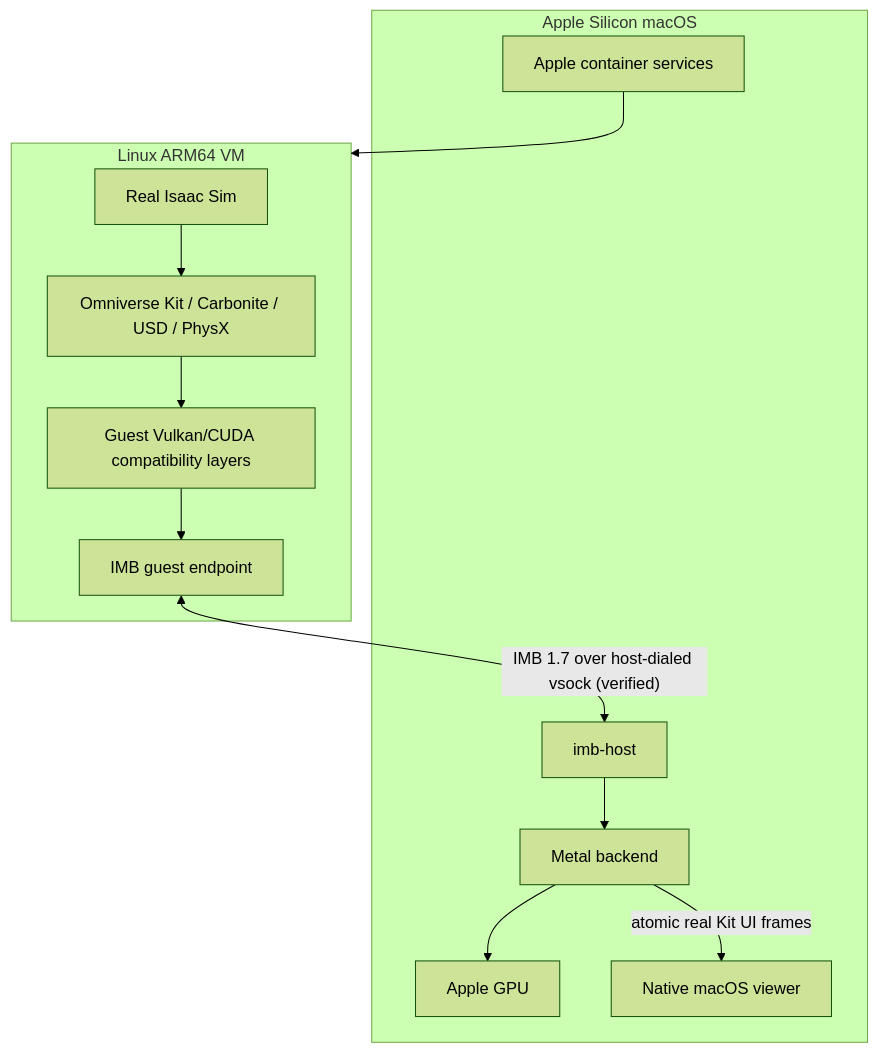
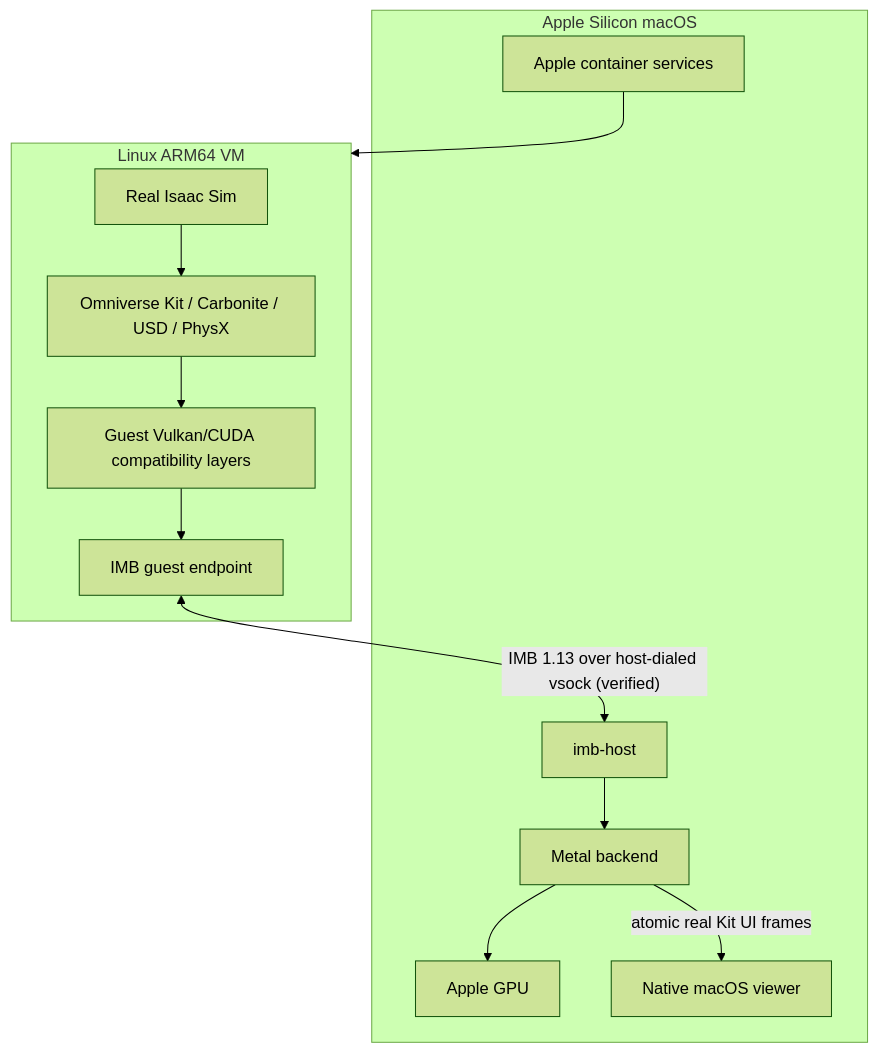
One commit to syun88/IsaacMetalBridge changed the first of 8 diagrams in docs/architecture.md. Above: the diagram before and after it, drawn with Mermaid (forest theme). The commit also changed other lines of this file and 33 other files, not shown here.

````diff
--- a/docs/architecture.md
+++ b/docs/architecture.md
@@ -10,21 +10,21 @@
 ```mermaid
 flowchart TB
   subgraph macOS["Apple Silicon macOS"]
     AC["Apple container services"]
     HB["imb-host"]
     MB["Metal backend"]
     GPU["Apple GPU"]
     VW["Native macOS viewer"]
   end
   subgraph VM["Linux ARM64 VM"]
     IS["Real Isaac Sim"]
     KIT["Omniverse Kit / Carbonite / USD / PhysX"]
     GC["Guest Vulkan/CUDA compatibility layers"]
     GP["IMB guest endpoint"]
   end
   IS --> KIT --> GC --> GP
   AC --> VM
-  GP <-->|"IMB 1.7 over host-dialed vsock (verified)"| HB
+  GP <-->|"IMB 1.13 over host-dialed vsock (verified)"| HB
   HB --> MB --> GPU
   MB -->|"atomic real Kit UI frames"| VW
 ```
````
